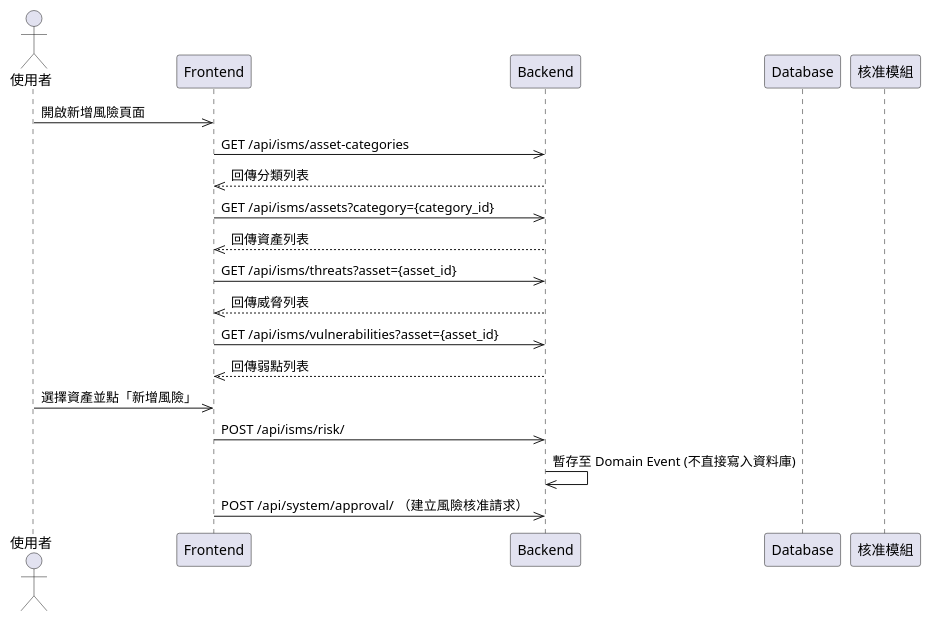
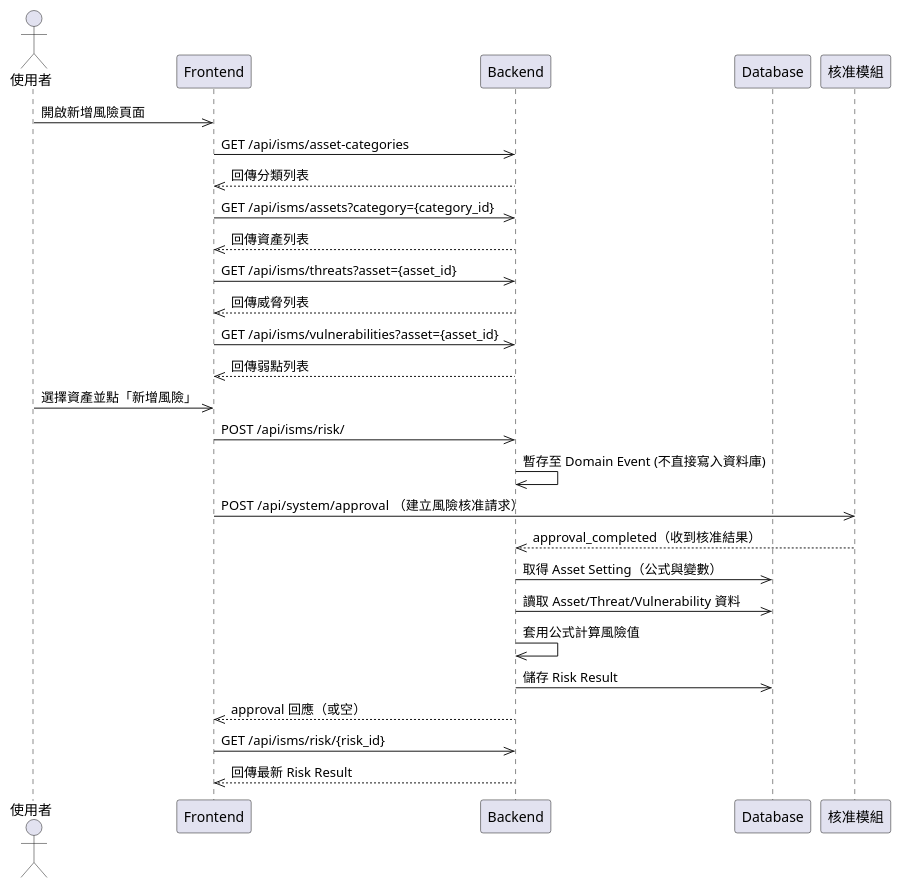
The diagram in plantUML/sequence/risk_evaluation.puml (walle45611/NTUB_SecuManag_Diagram), drawn with PlantUML before and after one commit. The commit also changed 4 other files, not shown here.

Commit message:
feat: 更新流程圖，新增核准結果處理及資料儲存流程

```diff
--- a/plantUML/sequence/risk_evaluation.puml
+++ b/plantUML/sequence/risk_evaluation.puml
@@ -1,21 +1,29 @@
 @startuml
 actor User as "使用者"
 participant Frontend
 participant Backend
 participant Database
 participant Approval as "核准模組"
 
 User ->> Frontend: 開啟新增風險頁面
 Frontend ->> Backend: GET /api/isms/asset-categories
 Backend -->> Frontend: 回傳分類列表
 Frontend ->> Backend: GET /api/isms/assets?category={category_id}
 Backend -->> Frontend: 回傳資產列表
 Frontend ->> Backend: GET /api/isms/threats?asset={asset_id}
 Backend -->> Frontend: 回傳威脅列表
 Frontend ->> Backend: GET /api/isms/vulnerabilities?asset={asset_id}
 Backend -->> Frontend: 回傳弱點列表
 User ->> Frontend: 選擇資產並點「新增風險」
 Frontend ->> Backend: POST /api/isms/risk/
 Backend ->> Backend: 暫存至 Domain Event (不直接寫入資料庫)
-Frontend ->> Backend: POST /api/system/approval/  （建立風險核准請求）
+Frontend ->> Approval: POST /api/system/approval  （建立風險核准請求）
+Approval -->> Backend: approval_completed（收到核准結果）
+Backend ->> Database: 取得 Asset Setting（公式與變數）
+Backend ->> Database: 讀取 Asset/Threat/Vulnerability 資料
+Backend ->> Backend: 套用公式計算風險值
+Backend ->> Database: 儲存 Risk Result
+Backend -->> Frontend: approval 回應（或空）
+Frontend ->> Backend: GET /api/isms/risk/{risk_id}
+Backend -->> Frontend: 回傳最新 Risk Result
 @enduml
```
